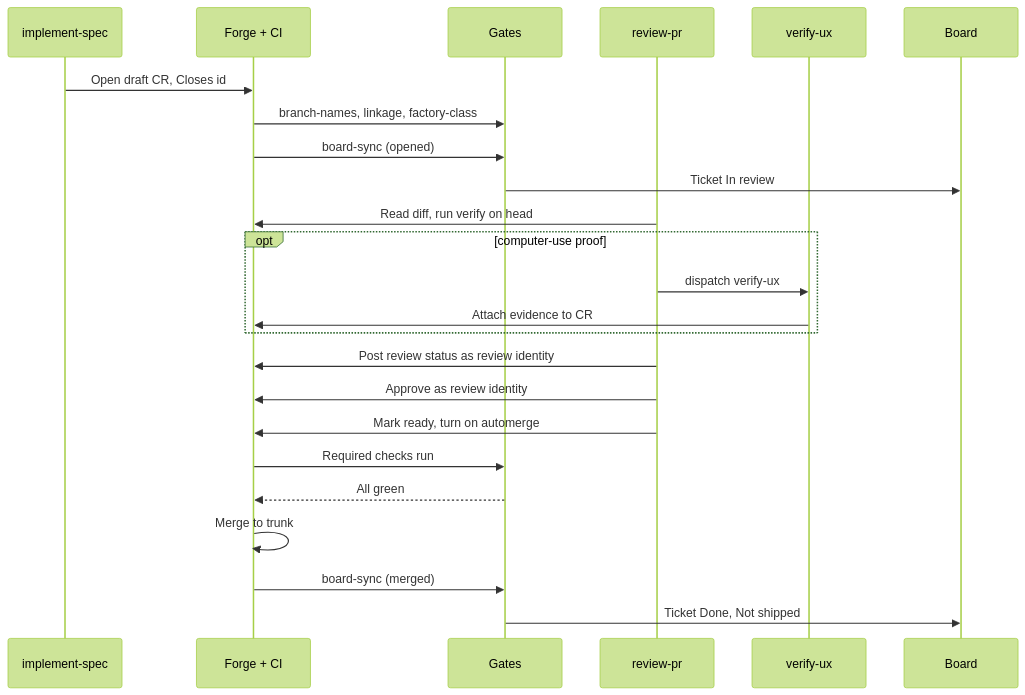
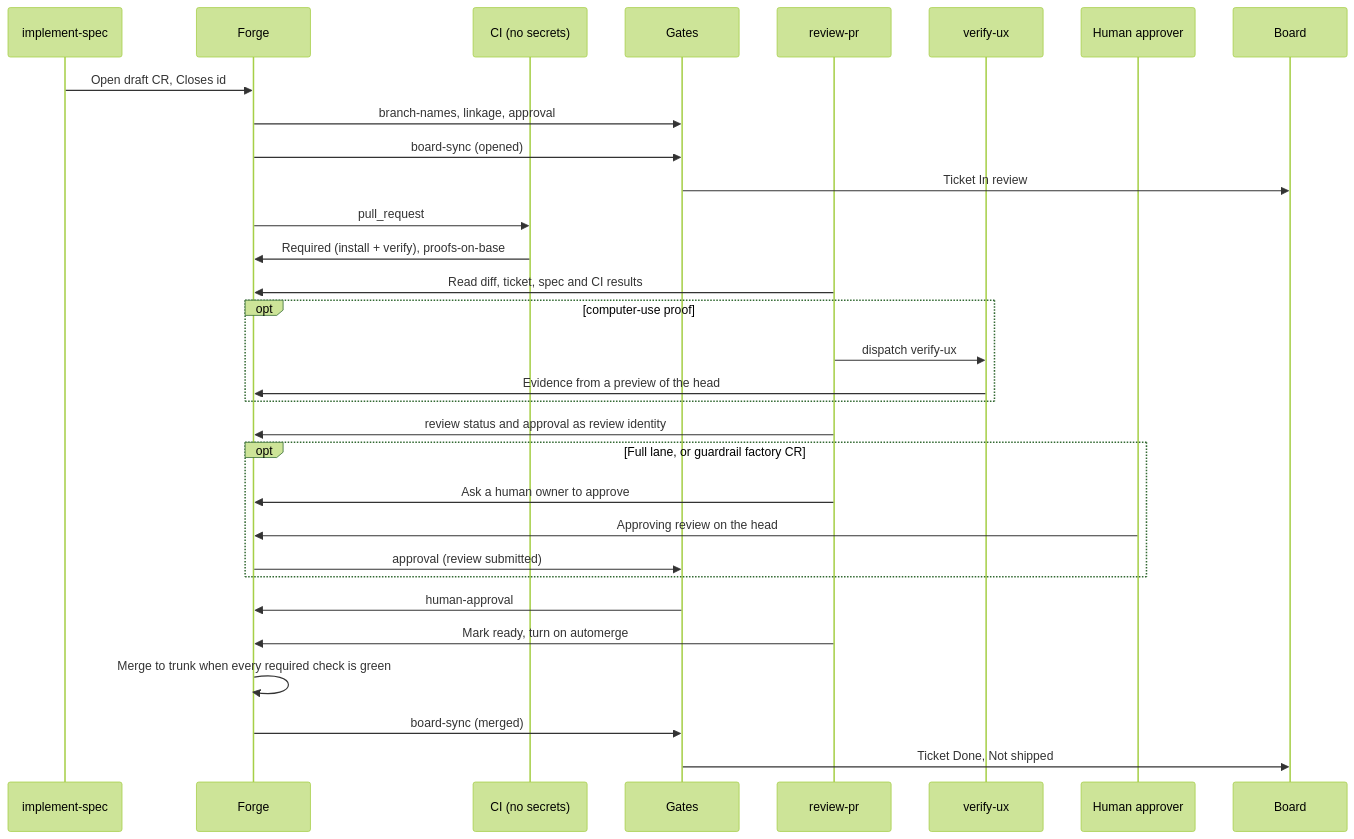
One commit to dmitriywind/agentic-sdlc changed the third of 6 diagrams in docs/architecture/flows.md. Above: the diagram before and after it, drawn with Mermaid (forest theme). The commit also changed other lines of this file and 101 other files, not shown here.

````diff
--- a/docs/architecture/flows.md
+++ b/docs/architecture/flows.md
@@ -84,26 +86,33 @@
 ```mermaid
 sequenceDiagram
   participant I as implement-spec
-  participant F as Forge + CI
+  participant F as Forge
+  participant C as CI (no secrets)
   participant G as Gates
   participant R as review-pr
   participant U as verify-ux
+  participant H as Human approver
   participant B as Board
   I->>F: Open draft CR, Closes id
-  F->>G: branch-names, linkage, factory-class
+  F->>G: branch-names, linkage, approval
   F->>G: board-sync (opened)
   G->>B: Ticket In review
-  R->>F: Read diff, run verify on head
+  F->>C: pull_request
+  C->>F: Required (install + verify), proofs-on-base
+  R->>F: Read diff, ticket, spec and CI results
   opt computer-use proof
     R->>U: dispatch verify-ux
-    U->>F: Attach evidence to CR
+    U->>F: Evidence from a preview of the head
   end
-  R->>F: Post review status as review identity
-  R->>F: Approve as review identity
+  R->>F: review status and approval as review identity
+  opt Full lane, or guardrail factory CR
+    R->>F: Ask a human owner to approve
+    H->>F: Approving review on the head
+    F->>G: approval (review submitted)
+  end
+  G->>F: human-approval
   R->>F: Mark ready, turn on automerge
-  F->>G: Required checks run
-  G-->>F: All green
-  F->>F: Merge to trunk
+  F->>F: Merge to trunk when every required check is green
   F->>G: board-sync (merged)
   G->>B: Ticket Done, Not shipped
 ```
````
